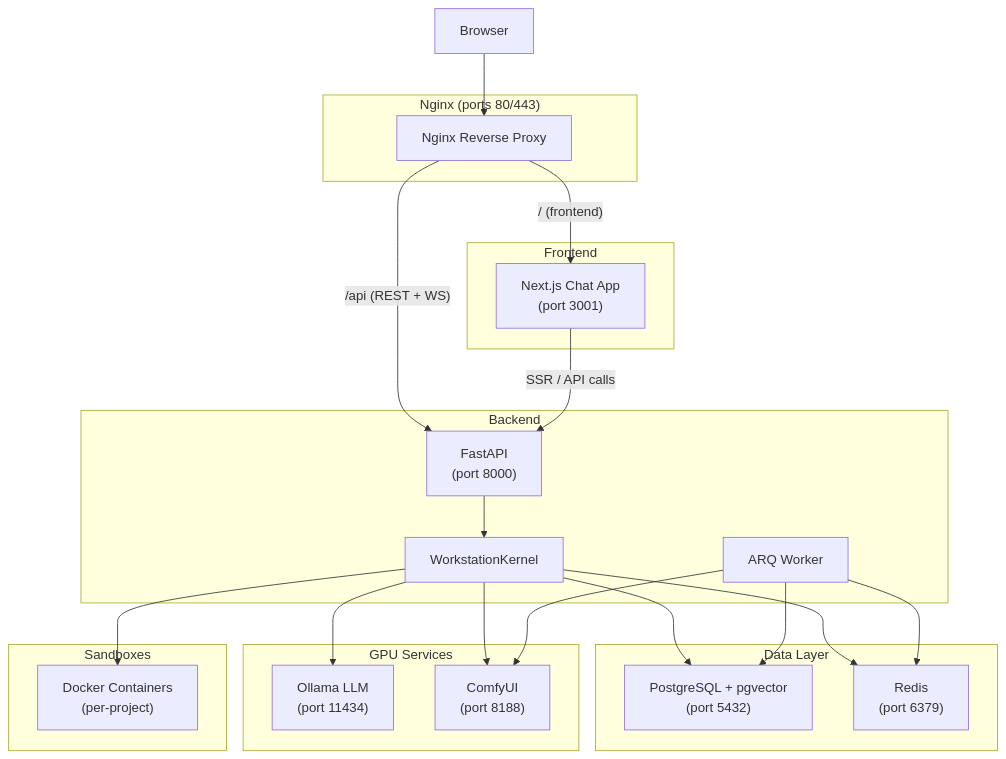
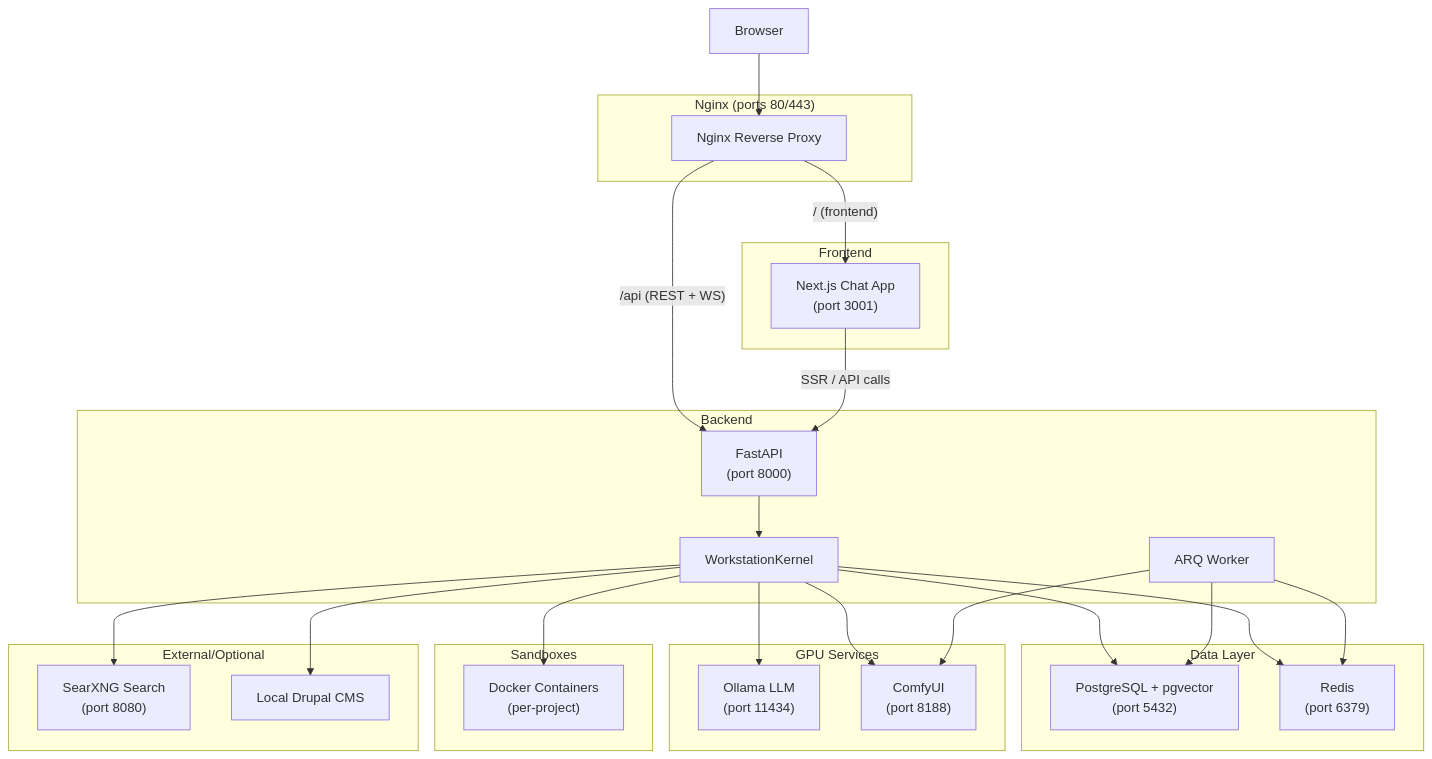
One commit to blur702/AI_chat changed the first of 4 diagrams in docs/architecture.md. Above: the diagram before and after it, drawn with Mermaid. The commit also changed other lines of this file and 4 other files, not shown here.

First line of the commit message:
docs: update architecture, testing, troubleshooting, security docs

````diff
--- a/docs/architecture.md
+++ b/docs/architecture.md
@@ -7,46 +7,53 @@
 ```mermaid
 graph TB
     Browser["Browser"]
 
     subgraph nginx_layer["Nginx (ports 80/443)"]
         Nginx["Nginx Reverse Proxy"]
     end
 
     subgraph frontend_layer["Frontend"]
         Chat["Next.js Chat App<br/>(port 3001)"]
     end
 
     subgraph backend_layer["Backend"]
         API["FastAPI<br/>(port 8000)"]
         Worker["ARQ Worker"]
         Kernel["WorkstationKernel"]
     end
 
     subgraph data_layer["Data Layer"]
         Postgres["PostgreSQL + pgvector<br/>(port 5432)"]
         Redis["Redis<br/>(port 6379)"]
     end
 
     subgraph gpu_layer["GPU Services"]
         Ollama["Ollama LLM<br/>(port 11434)"]
         ComfyUI["ComfyUI<br/>(port 8188)"]
     end
 
     subgraph sandbox_layer["Sandboxes"]
         Containers["Docker Containers<br/>(per-project)"]
     end
 
+    subgraph external_layer["External/Optional"]
+        SearXNG["SearXNG Search<br/>(port 8080)"]
+        DrupalLocal["Local Drupal CMS"]
+    end
+
     Browser --> Nginx
     Nginx -->|"/ (frontend)"| Chat
     Nginx -->|"/api (REST + WS)"| API
     Chat -->|"SSR / API calls"| API
     API --> Kernel
     Kernel --> Postgres
     Kernel --> Redis
     Kernel --> Ollama
     Kernel --> ComfyUI
     Kernel --> Containers
     Worker --> Redis
     Worker --> ComfyUI
     Worker --> Postgres
+    Kernel --> SearXNG
+    Kernel --> DrupalLocal
 ```
````
